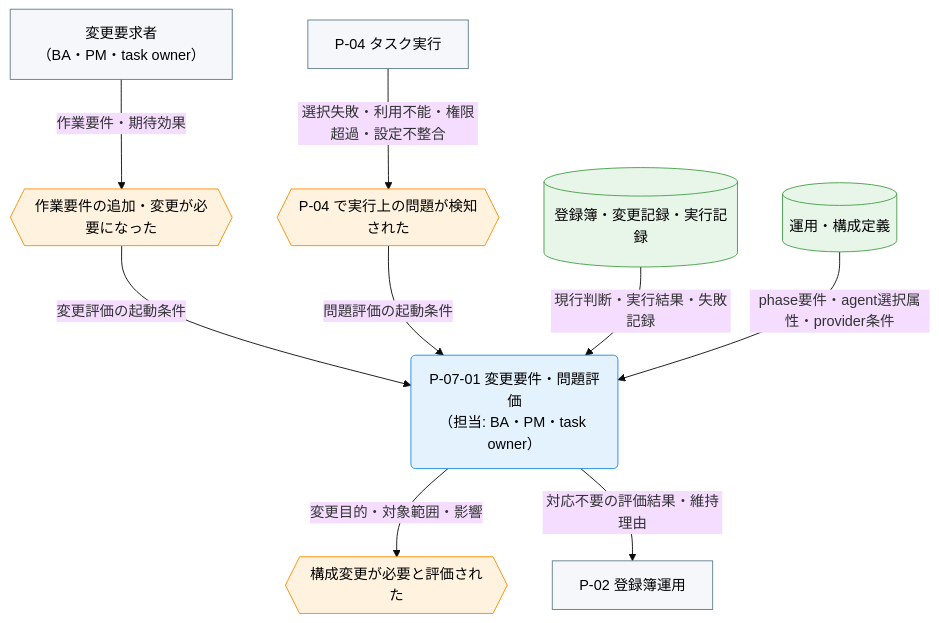
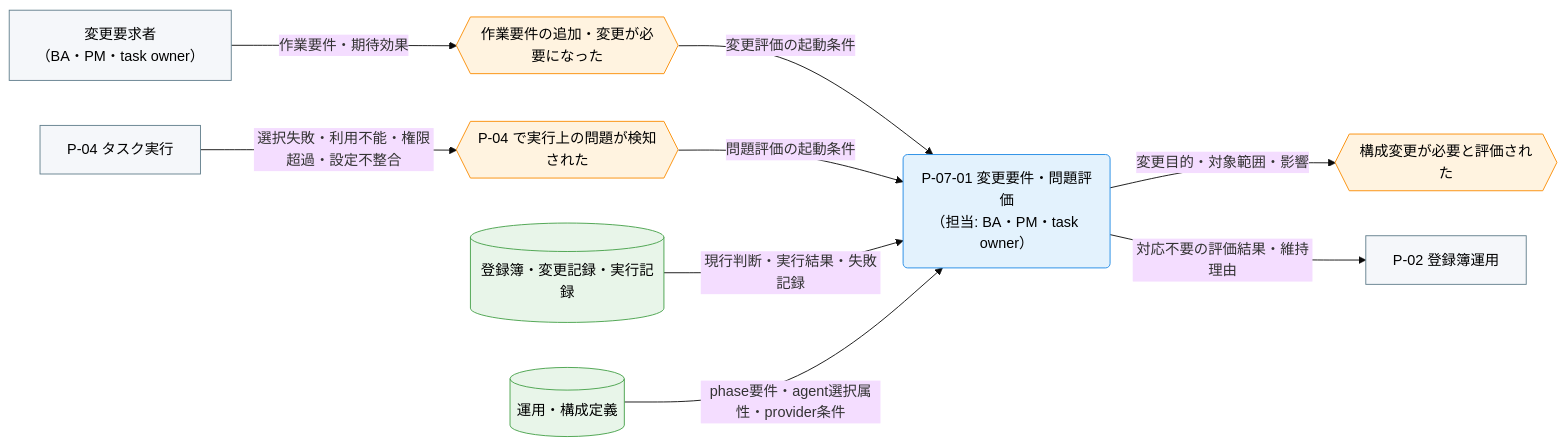
Before and after one commit to specdojo/specdojo: the first of 3 diagrams in docs/ja/product/010-business-specs/010-data-flow/cdfd-agent-config-operation.md, drawn with Mermaid (base theme). The commit also changed other lines of this file, not shown here.

First line of the commit message:
docs(cdfd-agent-config-operation): remove non-rulebook 受入確認 and split flow

````diff
--- a/docs/ja/product/010-business-specs/010-data-flow/cdfd-agent-config-operation.md
+++ b/docs/ja/product/010-business-specs/010-data-flow/cdfd-agent-config-operation.md
@@ -49,34 +49,34 @@
 ```mermaid
-flowchart TB
+flowchart LR
   classDef process fill:#e3f2fd,stroke:#1e88e5,color:#000
   classDef event fill:#fff3e0,stroke:#fb8c00,color:#000
   classDef store fill:#e8f5e9,stroke:#43a047,color:#000
   classDef actor fill:#f5f7fa,stroke:#607d8b,color:#000
 
   変更要求者["変更要求者<br>（BA・PM・task owner）"]
   タスク実行["P-04 タスク実行"]
   登録簿運用["P-02 登録簿運用"]
 
   作業要件変更{{"作業要件の追加・変更が必要になった"}}
   実行問題検知{{"P-04 で実行上の問題が検知された"}}
   構成変更必要{{"構成変更が必要と評価された"}}
 
   変更要件問題評価("P-07-01 変更要件・問題評価<br>（担当: BA・PM・task owner）")
 
   変更実行記録[("登録簿・変更記録・実行記録")]
   運用構成定義[("運用・構成定義")]
 
   変更要求者 -->|"作業要件・期待効果"| 作業要件変更
   作業要件変更 -->|"変更評価の起動条件"| 変更要件問題評価
   タスク実行 -->|"選択失敗・利用不能・権限超過・設定不整合"| 実行問題検知
   実行問題検知 -->|"問題評価の起動条件"| 変更要件問題評価
   変更実行記録 -->|"現行判断・実行結果・失敗記録"| 変更要件問題評価
   運用構成定義 -->|"phase要件・agent選択属性・provider条件"| 変更要件問題評価
   変更要件問題評価 -->|"変更目的・対象範囲・影響"| 構成変更必要
   変更要件問題評価 -->|"対応不要の評価結果・維持理由"| 登録簿運用
 
   class 変更要件問題評価 process
   class 作業要件変更,実行問題検知,構成変更必要 event
   class 変更実行記録,運用構成定義 store
   class 変更要求者,タスク実行,登録簿運用 actor
 ```
````
